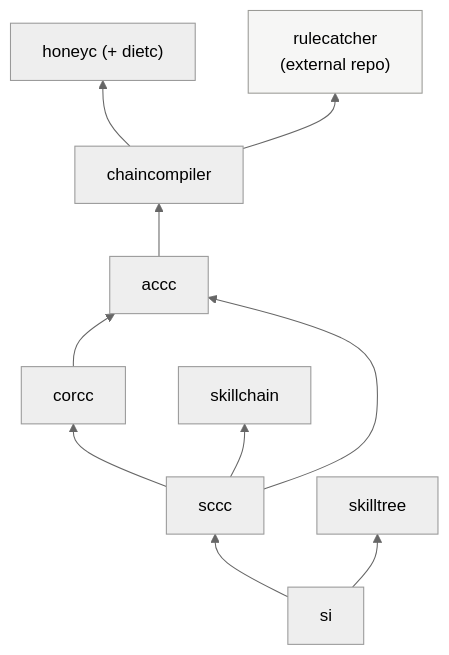
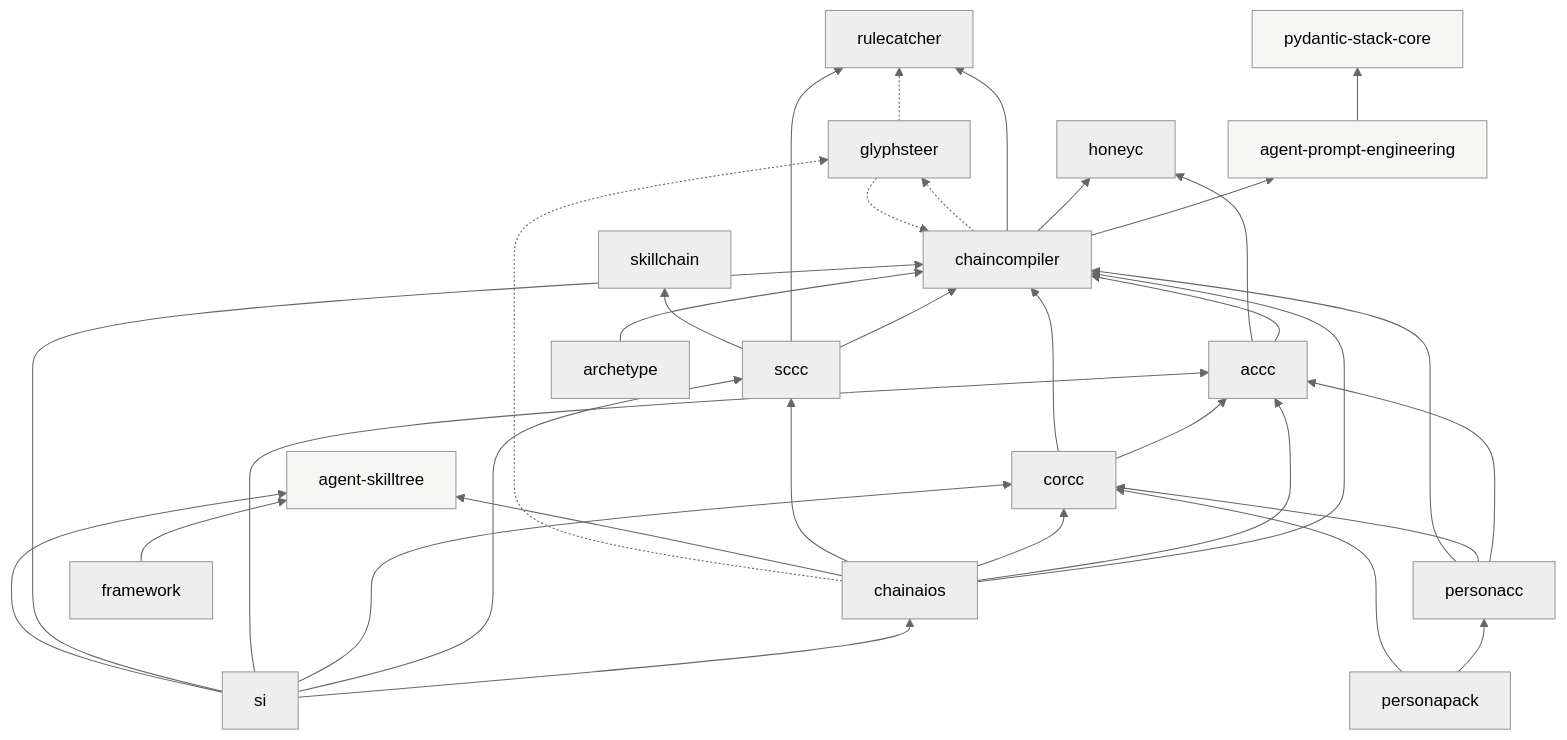
One commit to sancovp/chaincompiler changed the fourth of 4 diagrams in .claude/rules/10-architecture-components.md. Above: the diagram before and after it, drawn with Mermaid (neutral theme). The commit also changed other lines of this file and 63 other files, not shown here.

````diff
--- a/.claude/rules/10-architecture-components.md
+++ b/.claude/rules/10-architecture-components.md
@@ -92,16 +126,41 @@
 ```mermaid
 flowchart BT
-    rulecatcher["rulecatcher<br/>(external repo)"]
-    honeyc["honeyc (+ dietc)"]
+    APE["agent-prompt-engineering"]
+    PSC["pydantic-stack-core"]
+    ST["agent-skilltree"]
+    APE --> PSC
+    chaincompiler --> APE
     chaincompiler --> honeyc
     chaincompiler --> rulecatcher
     accc --> chaincompiler
+    accc --> honeyc
     corcc --> accc
-    sccc --> accc
-    sccc --> corcc
+    corcc --> chaincompiler
+    sccc --> chaincompiler
+    sccc --> rulecatcher
     sccc --> skillchain
+    chainaios --> chaincompiler
+    chainaios --> accc
+    chainaios --> corcc
+    chainaios --> sccc
+    chainaios --> ST
+    chainaios -.-> glyphsteer
+    personacc --> accc
+    personacc --> corcc
+    personacc --> chaincompiler
+    personapack --> personacc
+    personapack --> corcc
+    si --> chainaios
     si --> sccc
-    si --> skilltree
+    si --> corcc
+    si --> accc
+    si --> chaincompiler
+    si --> ST
+    archetype --> chaincompiler
+    framework --> ST
+    glyphsteer -.-> chaincompiler
+    glyphsteer -.-> rulecatcher
+    chaincompiler -.-> glyphsteer
     classDef ext fill:#f6f6f5,stroke:#9a9a96;
-    class rulecatcher ext;
+    class APE,PSC,ST ext;
 ```
````
